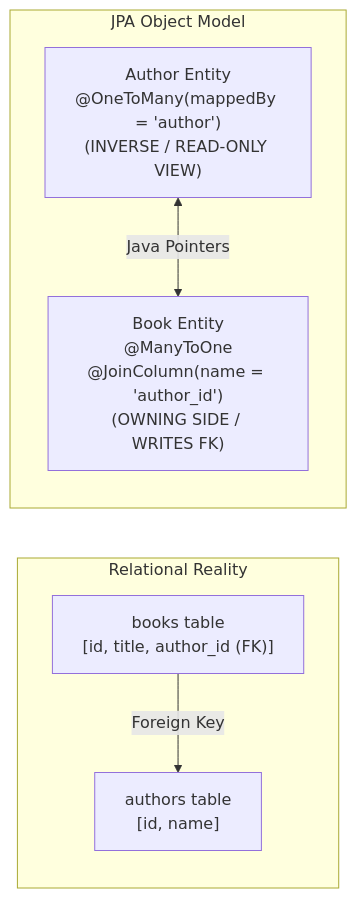
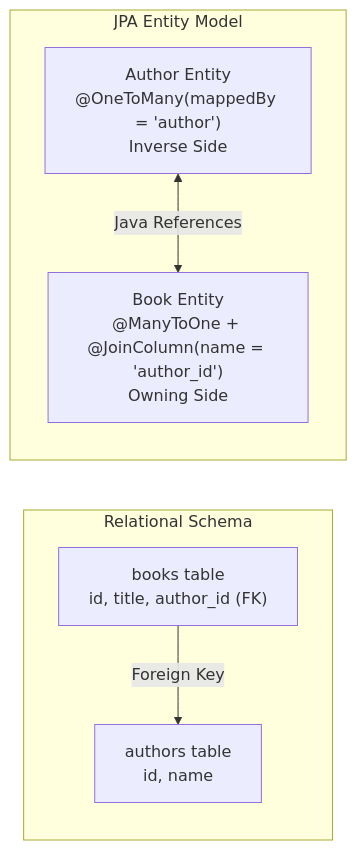
The first of 2 diagrams in content/roadmap/level-7/entity-relationships.md (ravishankar2463/java_hub), drawn with Mermaid before and after one commit. The commit also changed other lines of this file and 119 other files, not shown here.

Commit message:
feat: add comprehensive java learning roadmap content across multiple levels

````diff
--- a/content/roadmap/level-7/entity-relationships.md
+++ b/content/roadmap/level-7/entity-relationships.md
@@ -28,15 +14,14 @@
 ```mermaid
 flowchart LR
-    subgraph "Relational Reality"
-        AuthorTable["authors table<br/>[id, name]"]
-        BookTable["books table<br/>[id, title, author_id (FK)]"]
-        BookTable -->|Foreign Key| AuthorTable
+    subgraph "Relational Schema"
+        AuthorTable["authors table<br/>id, name"]
+        BookTable["books table<br/>id, title, author_id (FK)"]
+        BookTable -->|"Foreign Key"| AuthorTable
     end
 
-    subgraph "JPA Object Model"
-        AuthorEntity["Author Entity<br/>@OneToMany(mappedBy = 'author')<br/>(INVERSE / READ-ONLY VIEW)"]
-        BookEntity["Book Entity<br/>@ManyToOne<br/>@JoinColumn(name = 'author_id')<br/>(OWNING SIDE / WRITES FK)"]
-        
-        AuthorEntity <-->|Java Pointers| BookEntity
+    subgraph "JPA Entity Model"
+        AuthorEntity["Author Entity<br/>@OneToMany(mappedBy = 'author')<br/>Inverse Side"]
+        BookEntity["Book Entity<br/>@ManyToOne + @JoinColumn(name = 'author_id')<br/>Owning Side"]
+        AuthorEntity <-->|"Java References"| BookEntity
     end
 ```
````
